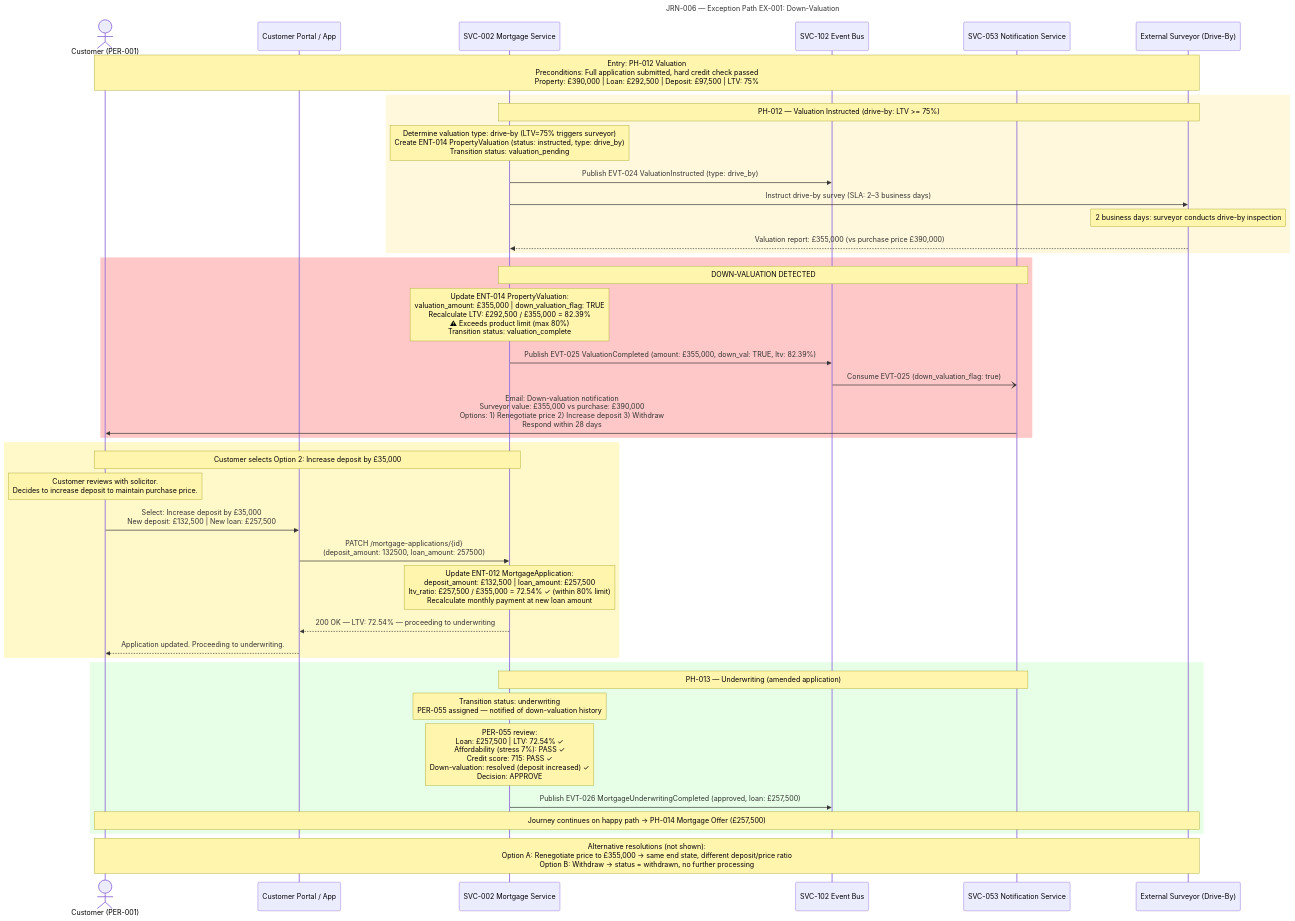
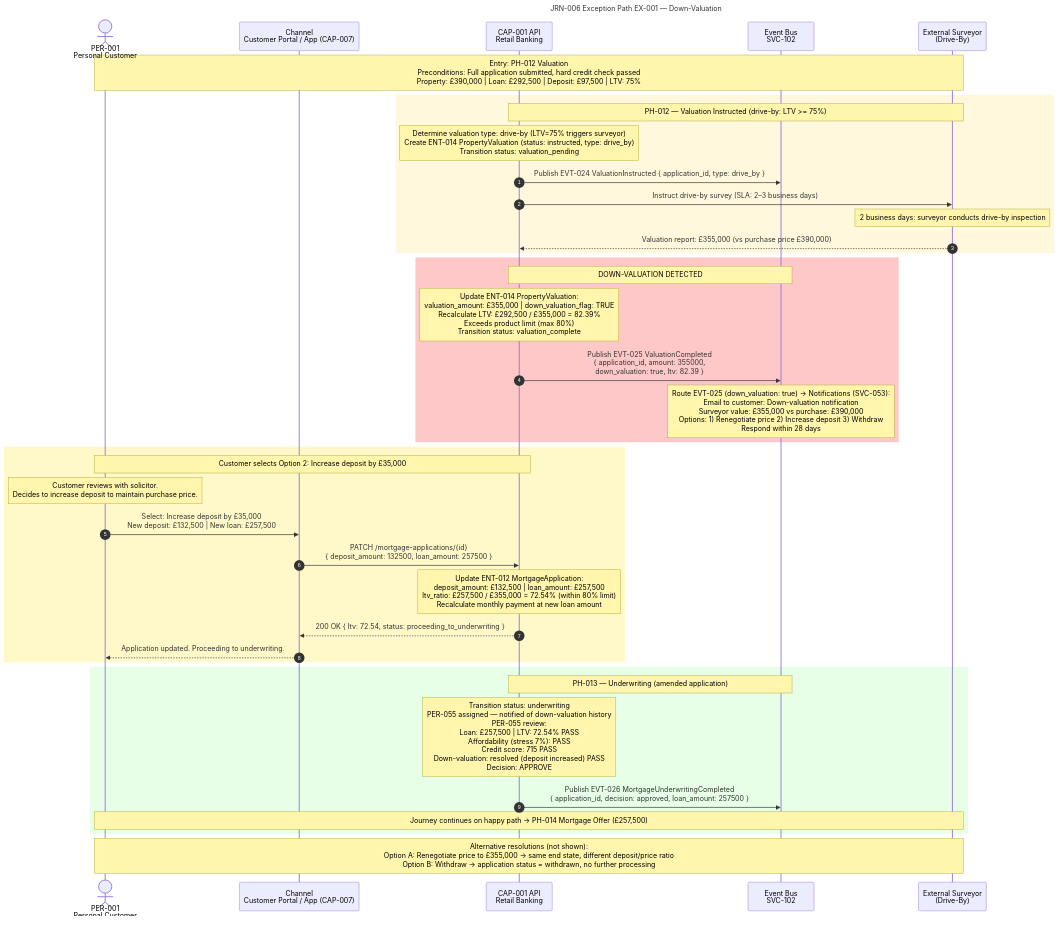
The diagram in projects/products/commercial-bank/artefacts/models/residential-mortgage-application/sequence-diagrams/valuation-down.mmd (chrisxmacedo/dark-factory), drawn with Mermaid before and after one commit. The commit also changed 126 other files, not shown here.

First line of the commit message:
fix: full remediation — 720 annotations stripped, sequence diagrams rebuilt, API contracts per-capability

```diff
--- a/projects/products/commercial-bank/artefacts/models/residential-mortgage-application/sequence-diagrams/valuation-down.mmd
+++ b/projects/products/commercial-bank/artefacts/models/residential-mortgage-application/sequence-diagrams/valuation-down.mmd
@@ -1,48 +1,48 @@
+---
+title: "JRN-006 Exception Path EX-001 — Down-Valuation"
+---
 sequenceDiagram
-    title JRN-006 — Exception Path EX-001: Down-Valuation
+    autonumber
 
-    actor PER001 as Customer (PER-001)
-    participant Portal as Customer Portal / App
-    participant SVC002 as SVC-002 Mortgage Service
-    participant EventBus as SVC-102 Event Bus
-    participant SVC053 as SVC-053 Notification Service
-    participant Surveyor as External Surveyor (Drive-By)
+    actor PER001 as PER-001<br/>Personal Customer
+    participant Channel as Channel<br/>Customer Portal / App (CAP-007)
+    participant CAP001 as CAP-001 API<br/>Retail Banking
+    participant EB as Event Bus<br/>SVC-102
+    participant Surveyor as External Surveyor<br/>(Drive-By)
 
     Note over PER001,Surveyor: Entry: PH-012 Valuation<br/>Preconditions: Full application submitted, hard credit check passed<br/>Property: £390,000 | Loan: £292,500 | Deposit: £97,500 | LTV: 75%
 
     rect rgb(255, 248, 220)
-        Note over SVC002,Surveyor: PH-012 — Valuation Instructed (drive-by: LTV >= 75%)
-        Note over SVC002: Determine valuation type: drive-by (LTV=75% triggers surveyor)<br/>Create ENT-014 PropertyValuation (status: instructed, type: drive_by)<br/>Transition status: valuation_pending
-        SVC002->>EventBus: Publish EVT-024 ValuationInstructed (type: drive_by)
-        SVC002->>Surveyor: Instruct drive-by survey (SLA: 2–3 business days)
+        Note over CAP001,Surveyor: PH-012 — Valuation Instructed (drive-by: LTV >= 75%)
+        Note over CAP001: Determine valuation type: drive-by (LTV=75% triggers surveyor)<br/>Create ENT-014 PropertyValuation (status: instructed, type: drive_by)<br/>Transition status: valuation_pending
+        CAP001->>EB: Publish EVT-024 ValuationInstructed { application_id, type: drive_by }
+        CAP001->>Surveyor: Instruct drive-by survey (SLA: 2–3 business days)
         Note over Surveyor: 2 business days: surveyor conducts drive-by inspection
-        Surveyor-->>SVC002: Valuation report: £355,000 (vs purchase price £390,000)
+        Surveyor-->>CAP001: Valuation report: £355,000 (vs purchase price £390,000)
     end
 
     rect rgb(255, 200, 200)
-        Note over SVC002,SVC053: DOWN-VALUATION DETECTED
-        Note over SVC002: Update ENT-014 PropertyValuation:<br/>valuation_amount: £355,000 | down_valuation_flag: TRUE<br/>Recalculate LTV: £292,500 / £355,000 = 82.39%<br/>⚠ Exceeds product limit (max 80%)<br/>Transition status: valuation_complete
-        SVC002->>EventBus: Publish EVT-025 ValuationCompleted (amount: £355,000, down_val: TRUE, ltv: 82.39%)
-        EventBus-)SVC053: Consume EVT-025 (down_valuation_flag: true)
-        SVC053->>PER001: Email: Down-valuation notification<br/>Surveyor value: £355,000 vs purchase: £390,000<br/>Options: 1) Renegotiate price  2) Increase deposit  3) Withdraw<br/>Respond within 28 days
+        Note over CAP001,EB: DOWN-VALUATION DETECTED
+        Note over CAP001: Update ENT-014 PropertyValuation:<br/>valuation_amount: £355,000 | down_valuation_flag: TRUE<br/>Recalculate LTV: £292,500 / £355,000 = 82.39%<br/>Exceeds product limit (max 80%)<br/>Transition status: valuation_complete
+        CAP001->>EB: Publish EVT-025 ValuationCompleted<br/>{ application_id, amount: 355000,<br/>down_valuation: true, ltv: 82.39 }
+        Note over EB: Route EVT-025 (down_valuation: true) → Notifications (SVC-053):<br/>Email to customer: Down-valuation notification<br/>Surveyor value: £355,000 vs purchase: £390,000<br/>Options: 1) Renegotiate price  2) Increase deposit  3) Withdraw<br/>Respond within 28 days
     end
 
     rect rgb(255, 248, 200)
-        Note over PER001,SVC002: Customer selects Option 2: Increase deposit by £35,000
+        Note over PER001,CAP001: Customer selects Option 2: Increase deposit by £35,000
         Note over PER001: Customer reviews with solicitor.<br/>Decides to increase deposit to maintain purchase price.
-        PER001->>Portal: Select: Increase deposit by £35,000<br/>New deposit: £132,500 | New loan: £257,500
-        Portal->>SVC002: PATCH /mortgage-applications/{id}<br/>(deposit_amount: 132500, loan_amount: 257500)
-        Note over SVC002: Update ENT-012 MortgageApplication:<br/>deposit_amount: £132,500 | loan_amount: £257,500<br/>ltv_ratio: £257,500 / £355,000 = 72.54% ✓ (within 80% limit)<br/>Recalculate monthly payment at new loan amount
-        SVC002-->>Portal: 200 OK — LTV: 72.54% — proceeding to underwriting
-        Portal-->>PER001: Application updated. Proceeding to underwriting.
+        PER001->>Channel: Select: Increase deposit by £35,000<br/>New deposit: £132,500 | New loan: £257,500
+        Channel->>CAP001: PATCH /mortgage-applications/{id}<br/>{ deposit_amount: 132500, loan_amount: 257500 }
+        Note over CAP001: Update ENT-012 MortgageApplication:<br/>deposit_amount: £132,500 | loan_amount: £257,500<br/>ltv_ratio: £257,500 / £355,000 = 72.54% (within 80% limit)<br/>Recalculate monthly payment at new loan amount
+        CAP001-->>Channel: 200 OK { ltv: 72.54, status: proceeding_to_underwriting }
+        Channel-->>PER001: Application updated. Proceeding to underwriting.
     end
 
     rect rgb(230, 255, 230)
-        Note over SVC002,SVC053: PH-013 — Underwriting (amended application)
-        Note over SVC002: Transition status: underwriting<br/>PER-055 assigned — notified of down-valuation history
-        Note over SVC002: PER-055 review:<br/>Loan: £257,500 | LTV: 72.54% ✓<br/>Affordability (stress 7%): PASS ✓<br/>Credit score: 715: PASS ✓<br/>Down-valuation: resolved (deposit increased) ✓<br/>Decision: APPROVE
-        SVC002->>EventBus: Publish EVT-026 MortgageUnderwritingCompleted (approved, loan: £257,500)
+        Note over CAP001,EB: PH-013 — Underwriting (amended application)
+        Note over CAP001: Transition status: underwriting<br/>PER-055 assigned — notified of down-valuation history<br/>PER-055 review:<br/>Loan: £257,500 | LTV: 72.54% PASS<br/>Affordability (stress 7%): PASS<br/>Credit score: 715 PASS<br/>Down-valuation: resolved (deposit increased) PASS<br/>Decision: APPROVE
+        CAP001->>EB: Publish EVT-026 MortgageUnderwritingCompleted<br/>{ application_id, decision: approved, loan_amount: 257500 }
         Note over PER001,Surveyor: Journey continues on happy path → PH-014 Mortgage Offer (£257,500)
     end
 
-    Note over PER001,Surveyor: Alternative resolutions (not shown):<br/>Option A: Renegotiate price to £355,000 → same end state, different deposit/price ratio<br/>Option B: Withdraw → status = withdrawn, no further processing
+    Note over PER001,Surveyor: Alternative resolutions (not shown):<br/>Option A: Renegotiate price to £355,000 → same end state, different deposit/price ratio<br/>Option B: Withdraw → application status = withdrawn, no further processing
```
